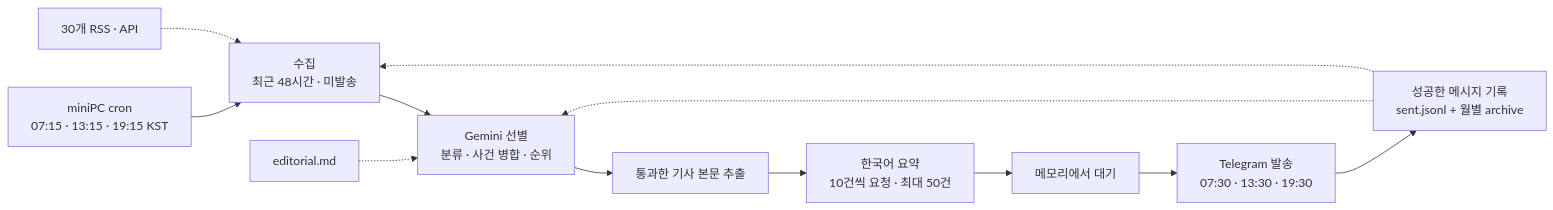
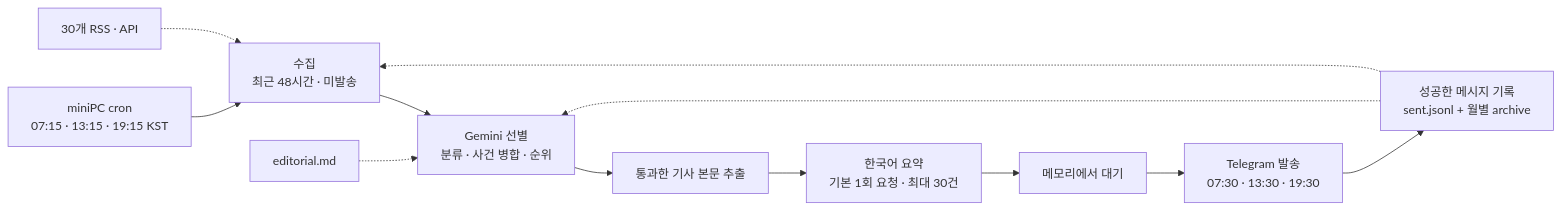
Before and after one commit to jaymunsh/ai-trend-bot: the diagram in README.md, drawn with Mermaid. The commit also changed other lines of this file and 14 other files, not shown here.

````diff
--- a/README.md
+++ b/README.md
@@ -22,14 +22,14 @@
 ```mermaid
 flowchart LR
     cron["miniPC cron<br/>07:15 · 13:15 · 19:15 KST"] --> collect["수집<br/>최근 48시간 · 미발송"]
     sources["30개 RSS · API"] -.-> collect
     collect --> triage["Gemini 선별<br/>분류 · 사건 병합 · 순위"]
     editorial["editorial.md"] -.-> triage
     triage --> enrich["통과한 기사 본문 추출"]
-    enrich --> summary["한국어 요약<br/>10건씩 요청 · 최대 50건"]
+    enrich --> summary["한국어 요약<br/>기본 1회 요청 · 최대 30건"]
     summary --> wait["메모리에서 대기"]
     wait --> telegram["Telegram 발송<br/>07:30 · 13:30 · 19:30"]
     telegram --> log["성공한 메시지 기록<br/>sent.jsonl + 월별 archive"]
     log -.-> collect
     log -.-> triage
 ```
````
